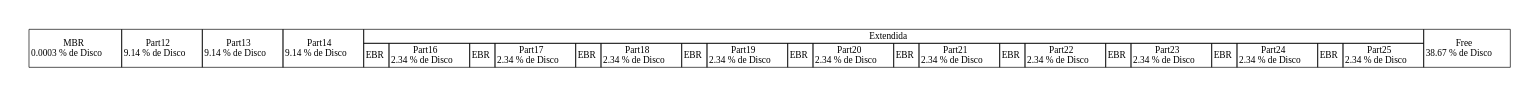
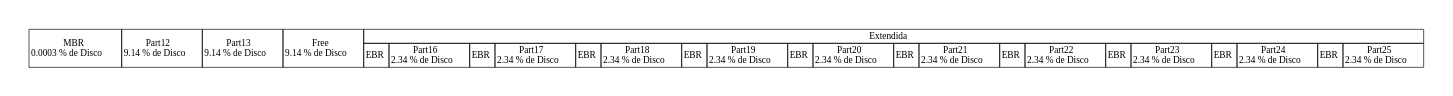
Before and after one commit to MacoChave/DiskParted: the diagram in disk_report.dot, drawn with Graphviz. The commit also changed 5 other files, not shown here.

```diff
--- a/disk_report.dot
+++ b/disk_report.dot
@@ -1,39 +1,38 @@
 digraph {
 	graph[pad="0.5", nodesep="0.5", ranksep="2"]
 	node [shape = plain]
 	rankdir = LR
 	DISK [label=<
 		<table border="0" cellborder="1" cellspacing="0">
 			<tr>
 				<td rowspan="2">MBR<br/>0.0003 % de Disco</td>
 				<td rowspan="2">Part12<br/>9.14 % de Disco</td>
 				<td rowspan="2">Part13<br/>9.14 % de Disco</td>
-				<td rowspan="2">Part14<br/>9.14 % de Disco</td>
+				<td rowspan="2">Free<br/>9.14 % de Disco</td>
 				<td colspan="20">Extendida</td>
-				<td rowspan="2">Free<br/>38.67 % de Disco</td>
 			</tr>
 			<tr>
 				<td>EBR</td>
 				<td>Part16<br/>2.34 % de Disco</td>
 				<td>EBR</td>
 				<td>Part17<br/>2.34 % de Disco</td>
 				<td>EBR</td>
 				<td>Part18<br/>2.34 % de Disco</td>
 				<td>EBR</td>
 				<td>Part19<br/>2.34 % de Disco</td>
 				<td>EBR</td>
 				<td>Part20<br/>2.34 % de Disco</td>
 				<td>EBR</td>
 				<td>Part21<br/>2.34 % de Disco</td>
 				<td>EBR</td>
 				<td>Part22<br/>2.34 % de Disco</td>
 				<td>EBR</td>
 				<td>Part23<br/>2.34 % de Disco</td>
 				<td>EBR</td>
 				<td>Part24<br/>2.34 % de Disco</td>
 				<td>EBR</td>
 				<td>Part25<br/>2.34 % de Disco</td>
 			</tr>
 		</table>
 	>]
 }
```
